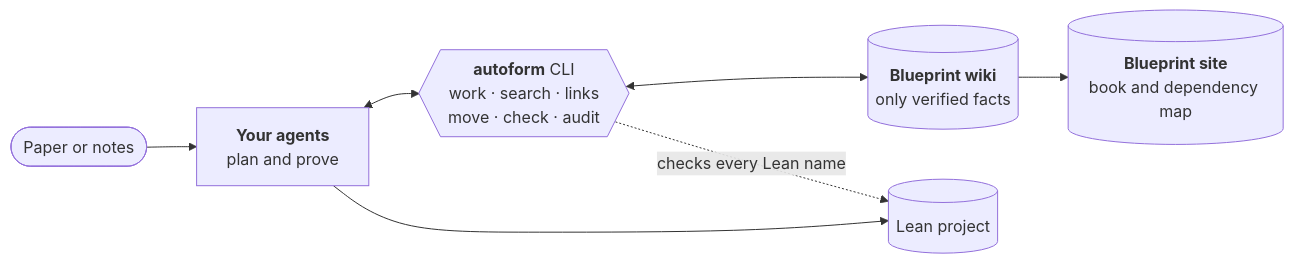
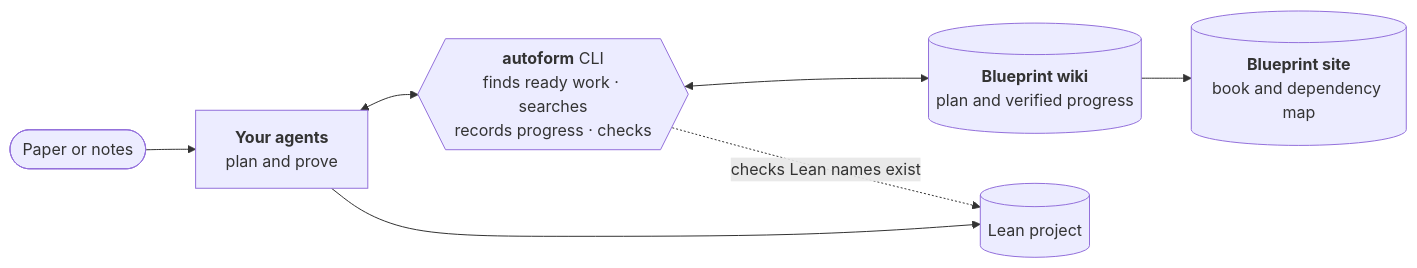
The diagram in README.md (facebookresearch/autoform-bot), drawn with Mermaid before and after one commit. The commit also changed other lines of this file, not shown here.

Commit message:
README: say what the CLI does, and that the wiki holds the plan
The CLI box listed `move`, which release 0.7.0 lacks, among command names a
newcomer cannot read; it now says what the CLI does for agents. "only verified
facts" read as if every article were proved, though the wiki also holds the
unproved plan; it now says "plan and verified progress". The edge to the Lean
project says what check confirms: that the names exist. The sessions paragraph
says "results", the README's word, rather than "articles", which it never
defines.

````diff
--- a/README.md
+++ b/README.md
@@ -18,9 +18,9 @@
 ```mermaid
 flowchart LR
   source(["Paper or notes"]) --> agents["<b>Your agents</b><br>plan and prove"]
-  agents <--> cli{{"<b>autoform</b> CLI<br>work · search · links<br>move · check · audit"}}
-  cli <--> wiki[("<b>Blueprint wiki</b><br>only verified facts")]
+  agents <--> cli{{"<b>autoform</b> CLI<br>finds ready work · searches<br>records progress · checks"}}
+  cli <--> wiki[("<b>Blueprint wiki</b><br>plan and verified progress")]
   agents --> lean[("Lean project")]
-  cli -.->|"checks every Lean name"| lean
+  cli -.->|"checks Lean names exist"| lean
   wiki --> site[("<b>Blueprint site</b><br>book and dependency map")]
 ```
````
